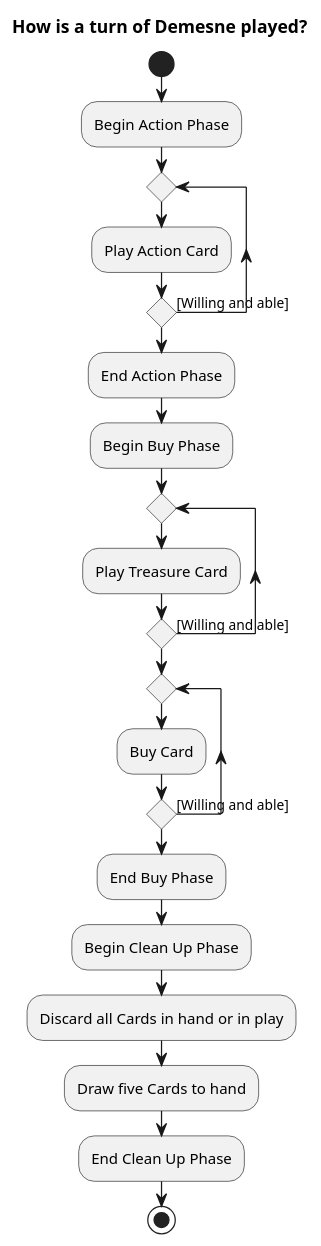
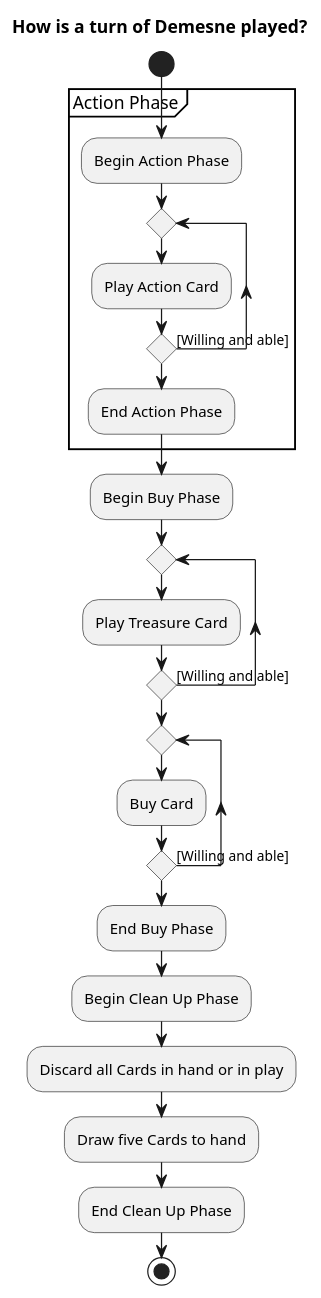
The diagram in diagrams/turn-activity.puml (qwwqe/demesne), drawn with PlantUML before and after one commit. The commit also changed 1 other file, not shown here.

Commit message:
Experiment with UML partitions

```diff
--- a/diagrams/turn-activity.puml
+++ b/diagrams/turn-activity.puml
@@ -1,36 +1,38 @@
 @startuml
 title How is a turn of Demesne played?
 
 start
 
-:Begin Action Phase;
+partition Action Phase {
+  :Begin Action Phase;
 
-repeat
+  repeat
     :Play Action Card;
-repeat while () is ([Willing and able])
+  repeat while () is ([Willing and able])
 
-:End Action Phase;
+  :End Action Phase;
+}
 
 :Begin Buy Phase;
 
 repeat
     :Play Treasure Card;
 repeat while () is ([Willing and able])
 
 repeat
     :Buy Card;
 repeat while () is ([Willing and able])
 
 :End Buy Phase;
 
 :Begin Clean Up Phase;
 
 :Discard all Cards in hand or in play;
 
 :Draw five Cards to hand;
 
 :End Clean Up Phase;
 
 stop
 
 @enduml
```
